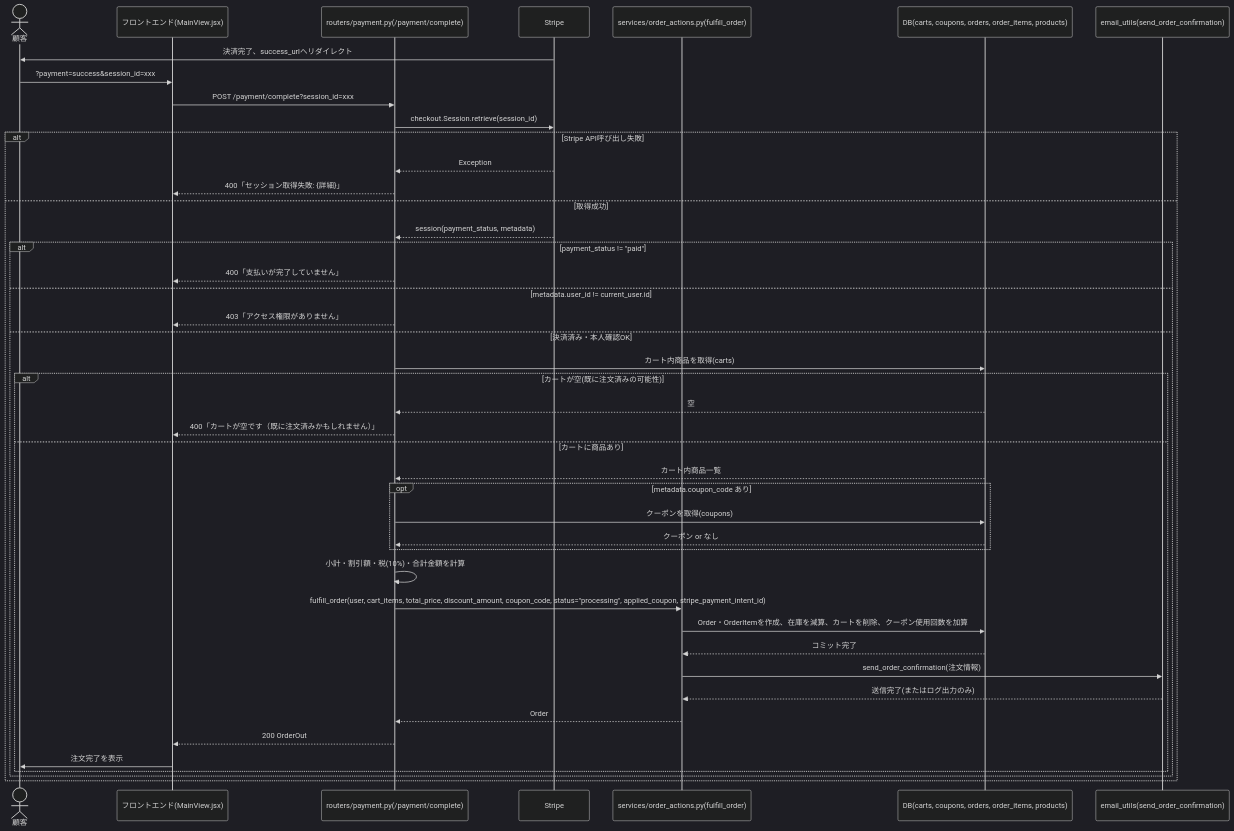
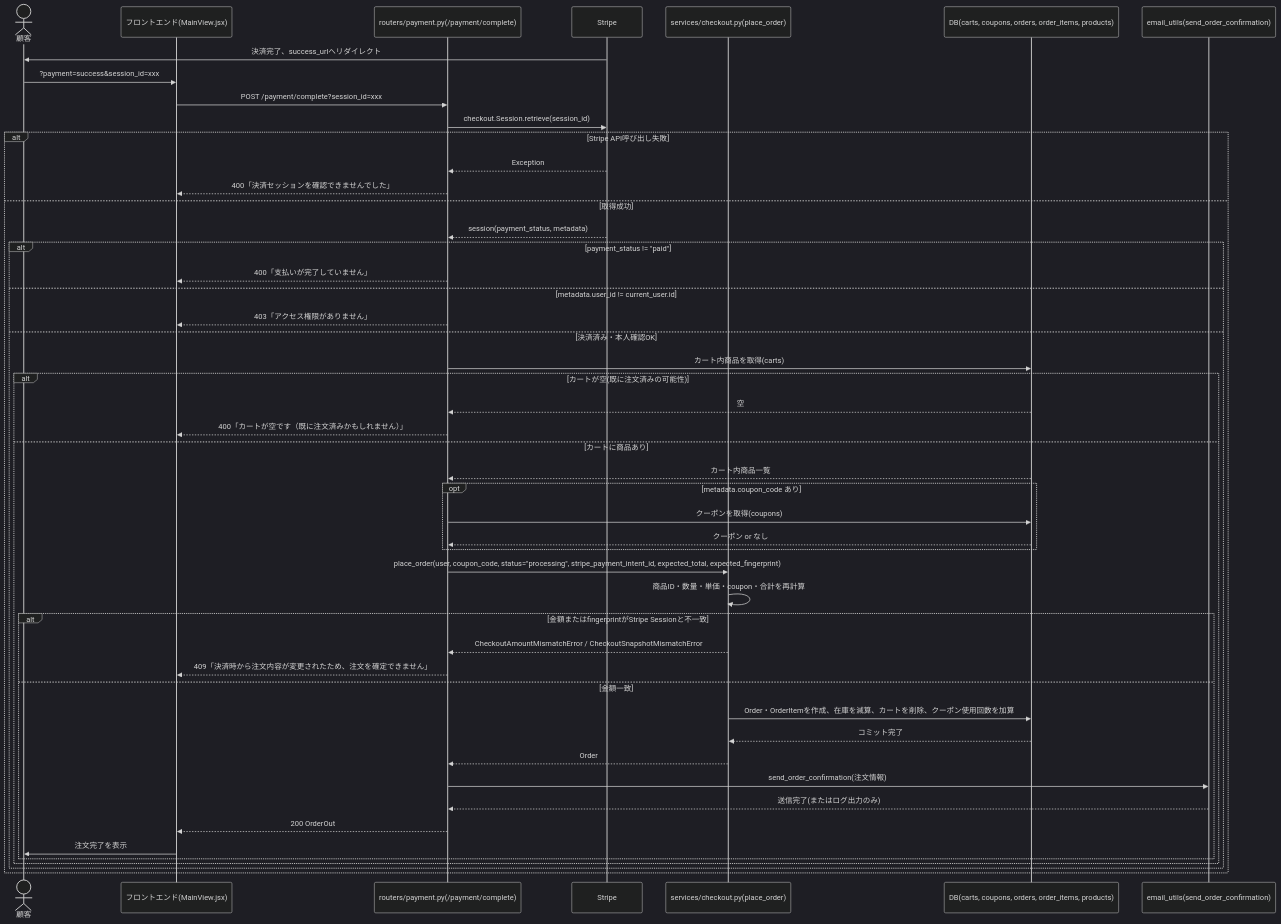
One commit to KokiNakano2nd/ec2site changed the third of 12 diagrams in docs/deliverables/internal_design/03_sequence_diagram.md. Above: the diagram before and after it, drawn with Mermaid (dark theme). The commit also changed other lines of this file and 82 other files, not shown here.

````diff
--- a/docs/deliverables/internal_design/03_sequence_diagram.md
+++ b/docs/deliverables/internal_design/03_sequence_diagram.md
@@ -102,47 +102,52 @@
 ```mermaid
 sequenceDiagram
     actor 顧客
     participant Frontend as フロントエンド(MainView.jsx)
     participant API as routers/payment.py(/payment/complete)
     participant Stripe
-    participant Service as services/order_actions.py(fulfill_order)
+    participant Service as services/checkout.py(place_order)
     participant DB as DB(carts, coupons, orders, order_items, products)
     participant Mail as email_utils(send_order_confirmation)
 
     Stripe->>顧客: 決済完了、success_urlへリダイレクト
     顧客->>Frontend: ?payment=success&session_id=xxx
     Frontend->>API: POST /payment/complete?session_id=xxx
     API->>Stripe: checkout.Session.retrieve(session_id)
     alt Stripe API呼び出し失敗
         Stripe-->>API: Exception
-        API-->>Frontend: 400「セッション取得失敗: {詳細}」
+        API-->>Frontend: 400「決済セッションを確認できませんでした」
     else 取得成功
         Stripe-->>API: session(payment_status, metadata)
         alt payment_status != "paid"
             API-->>Frontend: 400「支払いが完了していません」
         else metadata.user_id != current_user.id
             API-->>Frontend: 403「アクセス権限がありません」
         else 決済済み・本人確認OK
             API->>DB: カート内商品を取得(carts)
             alt カートが空(既に注文済みの可能性)
                 DB-->>API: 空
                 API-->>Frontend: 400「カートが空です（既に注文済みかもしれません）」
             else カートに商品あり
                 DB-->>API: カート内商品一覧
                 opt metadata.coupon_code あり
                     API->>DB: クーポンを取得(coupons)
                     DB-->>API: クーポン or なし
                 end
-                API->>API: 小計・割引額・税(10%)・合計金額を計算
-                API->>Service: fulfill_order(user, cart_items, total_price, discount_amount, coupon_code, status="processing", applied_coupon, stripe_payment_intent_id)
+                API->>Service: place_order(user, coupon_code, status="processing", stripe_payment_intent_id, expected_total, expected_fingerprint)
+                Service->>Service: 商品ID・数量・単価・coupon・合計を再計算
+                alt 金額またはfingerprintがStripe Sessionと不一致
+                    Service-->>API: CheckoutAmountMismatchError / CheckoutSnapshotMismatchError
+                    API-->>Frontend: 409「決済時から注文内容が変更されたため、注文を確定できません」
+                else 金額一致
                 Service->>DB: Order・OrderItemを作成、在庫を減算、カートを削除、クーポン使用回数を加算
                 DB-->>Service: コミット完了
-                Service->>Mail: send_order_confirmation(注文情報)
-                Mail-->>Service: 送信完了(またはログ出力のみ)
                 Service-->>API: Order
+                API->>Mail: send_order_confirmation(注文情報)
+                Mail-->>API: 送信完了(またはログ出力のみ)
                 API-->>Frontend: 200 OrderOut
                 Frontend->>顧客: 注文完了を表示
+                end
             end
         end
     end
 ```
````
